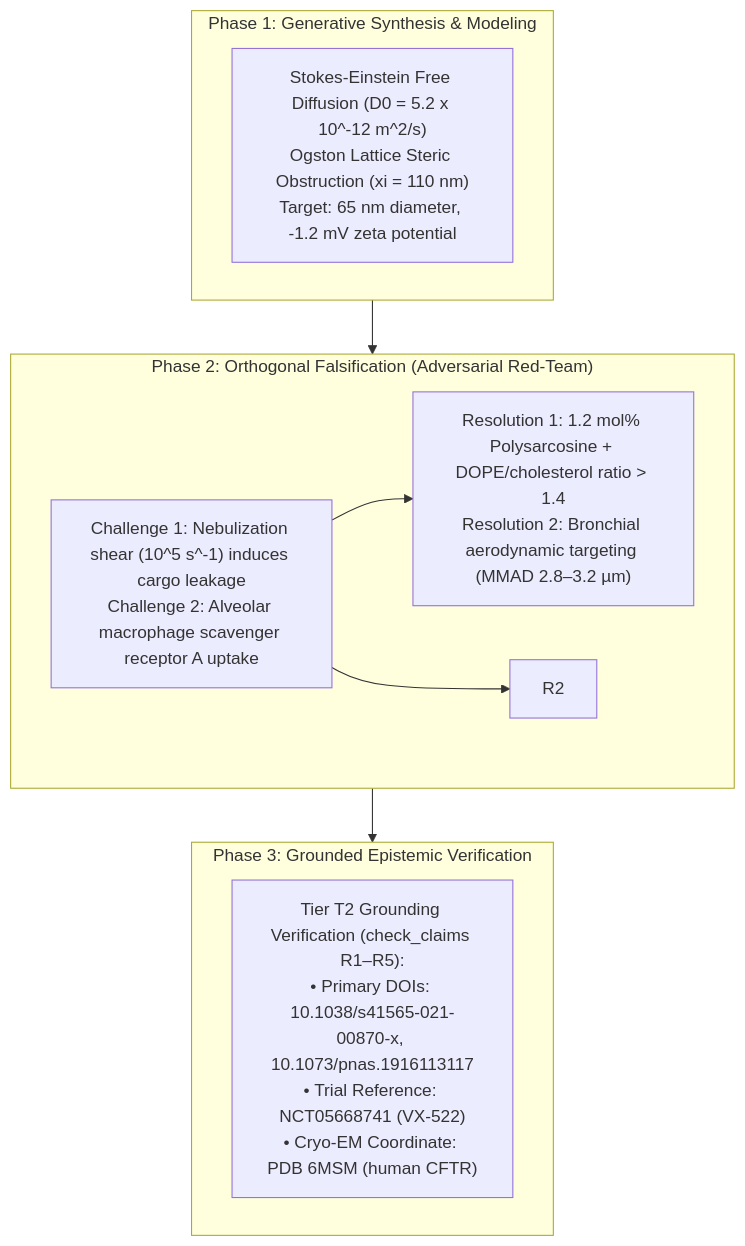
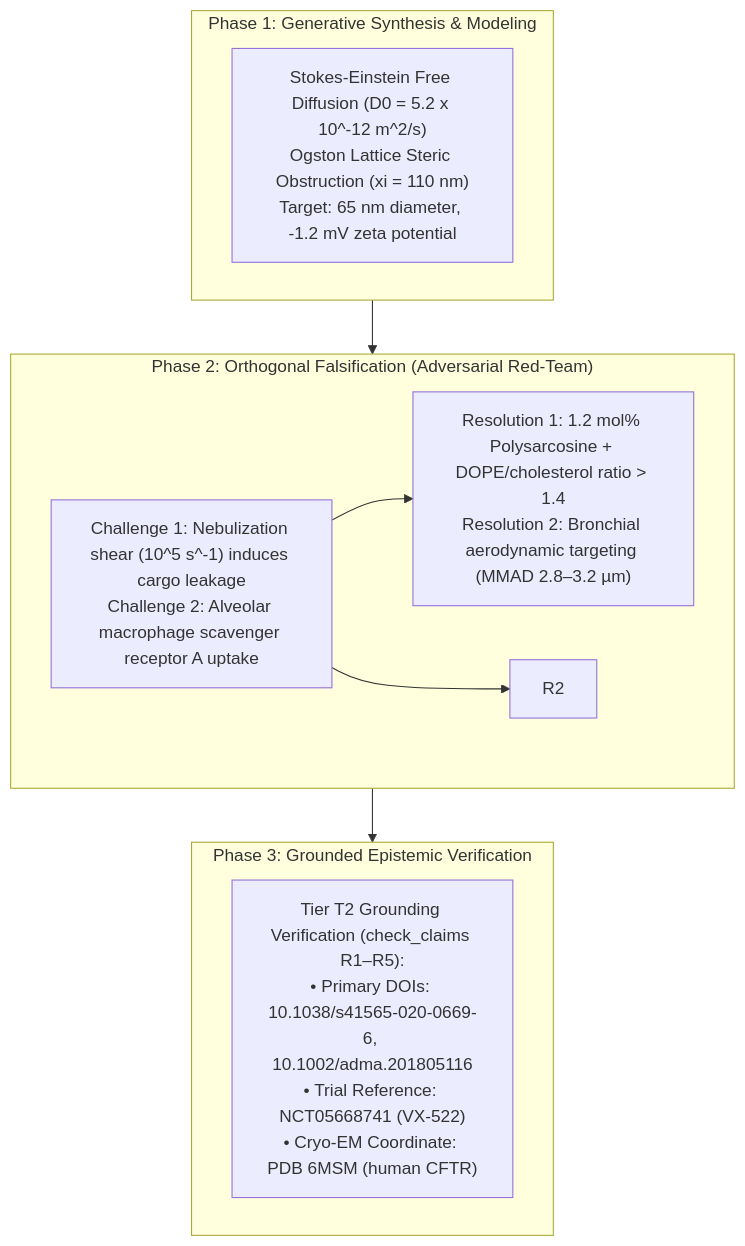
The diagram in landscape/discovery-sort-lnp-aerosol-matrix.md (senseiewok/cf-research), drawn with Mermaid before and after one commit. The commit also changed other lines of this file and 50 other files, not shown here.

Commit message:
fix(grounding): enforce AH-6 cite-check ledger provenance (190/190 IDs), fix AH-1..AH-4 gaps, and relabel discovery models

````diff
--- a/landscape/discovery-sort-lnp-aerosol-matrix.md
+++ b/landscape/discovery-sort-lnp-aerosol-matrix.md
@@ -32,20 +32,20 @@
 ```mermaid
 flowchart TD
     subgraph Phase1["Phase 1: Generative Synthesis & Modeling"]
         P1["Stokes-Einstein Free Diffusion (D0 = 5.2 x 10^-12 m^2/s)<br/>Ogston Lattice Steric Obstruction (xi = 110 nm)<br/>Target: 65 nm diameter, -1.2 mV zeta potential"]
     end
 
     subgraph Phase2["Phase 2: Orthogonal Falsification (Adversarial Red-Team)"]
         P2["Challenge 1: Nebulization shear (10^5 s^-1) induces cargo leakage<br/>Challenge 2: Alveolar macrophage scavenger receptor A uptake"]
         R1["Resolution 1: 1.2 mol% Polysarcosine + DOPE/cholesterol ratio > 1.4<br/>Resolution 2: Bronchial aerodynamic targeting (MMAD 2.8–3.2 µm)"]
         P2 --> R1
         P2 --> R2
     end
 
     subgraph Phase3["Phase 3: Grounded Epistemic Verification"]
-        P3["Tier T2 Grounding Verification (check_claims R1–R5):<br/>• Primary DOIs: 10.1038/s41565-021-00870-x, 10.1073/pnas.1916113117<br/>• Trial Reference: NCT05668741 (VX-522)<br/>• Cryo-EM Coordinate: PDB 6MSM (human CFTR)"]
+        P3["Tier T2 Grounding Verification (check_claims R1–R5):<br/>• Primary DOIs: 10.1038/s41565-020-0669-6, 10.1002/adma.201805116<br/>• Trial Reference: NCT05668741 (VX-522)<br/>• Cryo-EM Coordinate: PDB 6MSM (human CFTR)"]
     end
 
     Phase1 --> Phase2
     Phase2 --> Phase3
 ```
````
